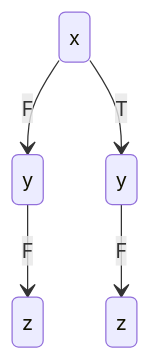
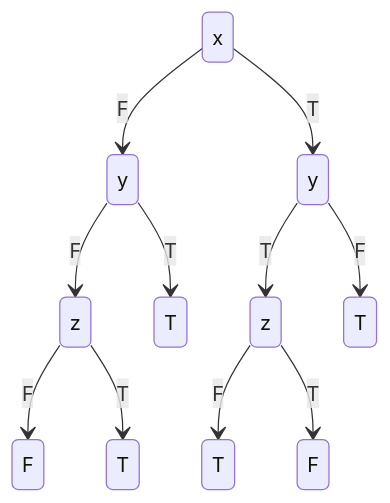
Before and after one commit to VinayakFia/Obsidian: the second of 2 diagrams in COMP3153/Stream b/Stream B - Pass.md, drawn with Mermaid. The commit also changed other lines of this file, not shown here.

Commit message:
vault backup: 2024-11-12 19:56:12

````diff
--- a/COMP3153/Stream b/Stream B - Pass.md
+++ b/COMP3153/Stream b/Stream B - Pass.md
@@ -133,14 +135,28 @@
 ```mermaid
 stateDiagram-v2
 	y1: y
 	y2: y
 
 	x --> y1 : F
 	x --> y2 : T
 
 	z1 : z
 	z2 : z
 
 	y1 --> z1 : F
-	y2 --> z2 : F
+	y2 --> z2 : T
+
+	t1: T
+	t2: T
+	t3: T
+	t4: T
+	f1: F
+	f2: F
+
+	z1 --> f1 : F
+	z1 --> t1 : T
+	y1 --> t2 : T
+	y2 --> t3 : F
+	z2 --> t4 : F
+	z2 --> f2 : T
 ```
````
